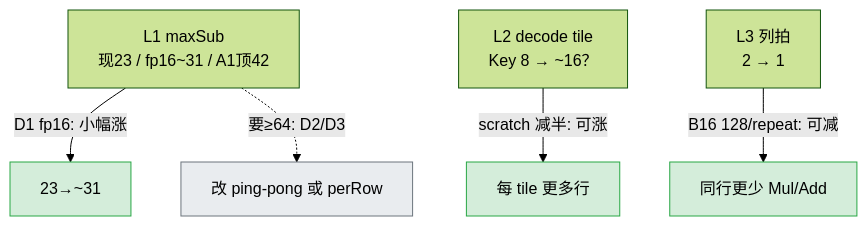
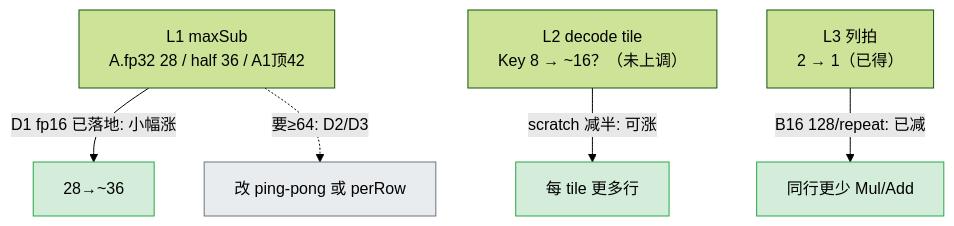
Before and after one commit to yyz3172/vllm-ascend: the seventh of 7 diagrams in csrc/bit_residual_fia_paged_k8v4/docs/dequant_pa_run_tile_hierarchy.md, drawn with Mermaid (forest theme). The commit also changed other lines of this file and 1 other file, not shown here.

````diff
--- a/csrc/bit_residual_fia_paged_k8v4/docs/dequant_pa_run_tile_hierarchy.md
+++ b/csrc/bit_residual_fia_paged_k8v4/docs/dequant_pa_run_tile_hierarchy.md
@@ -991,16 +1248,16 @@
 ```mermaid
 flowchart TB
-  L1["L1 maxSub<br/>现23 / fp16~31 / A1顶42"]
-  L2["L2 decode tile<br/>Key 8 → ~16？"]
-  L3["L3 列拍<br/>2 → 1"]
+  L1["L1 maxSub<br/>A.fp32 28 / half 36 / A1顶42"]
+  L2["L2 decode tile<br/>Key 8 → ~16？（未上调）"]
+  L3["L3 列拍<br/>2 → 1（已得）"]
 
-  L1 -->|"D1 fp16: 小幅涨"| OK1["23→~31"]
+  L1 -->|"D1 fp16 已落地: 小幅涨"| OK1["28→~36"]
   L1 -.->|"要≥64: D2/D3"| X["改 ping-pong 或 perRow"]
   L2 -->|"scratch 减半: 可涨"| OK2["每 tile 更多行"]
-  L3 -->|"B16 128/repeat: 可减"| OK3["同行更少 Mul/Add"]
+  L3 -->|"B16 128/repeat: 已减"| OK3["同行更少 Mul/Add"]
 
   style OK1 fill:#d4edda,stroke:#28a745
   style OK2 fill:#d4edda,stroke:#28a745
   style OK3 fill:#d4edda,stroke:#28a745
   style X fill:#e9ecef,stroke:#6c757d
 ```
````
